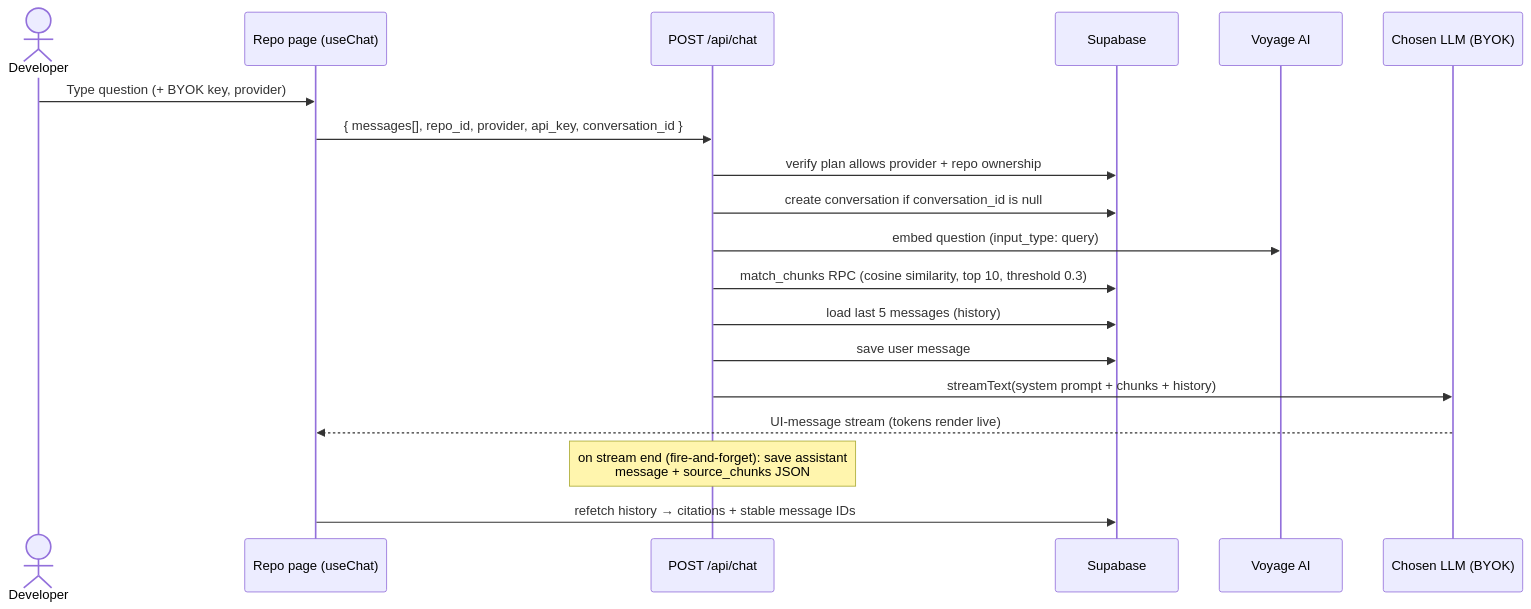
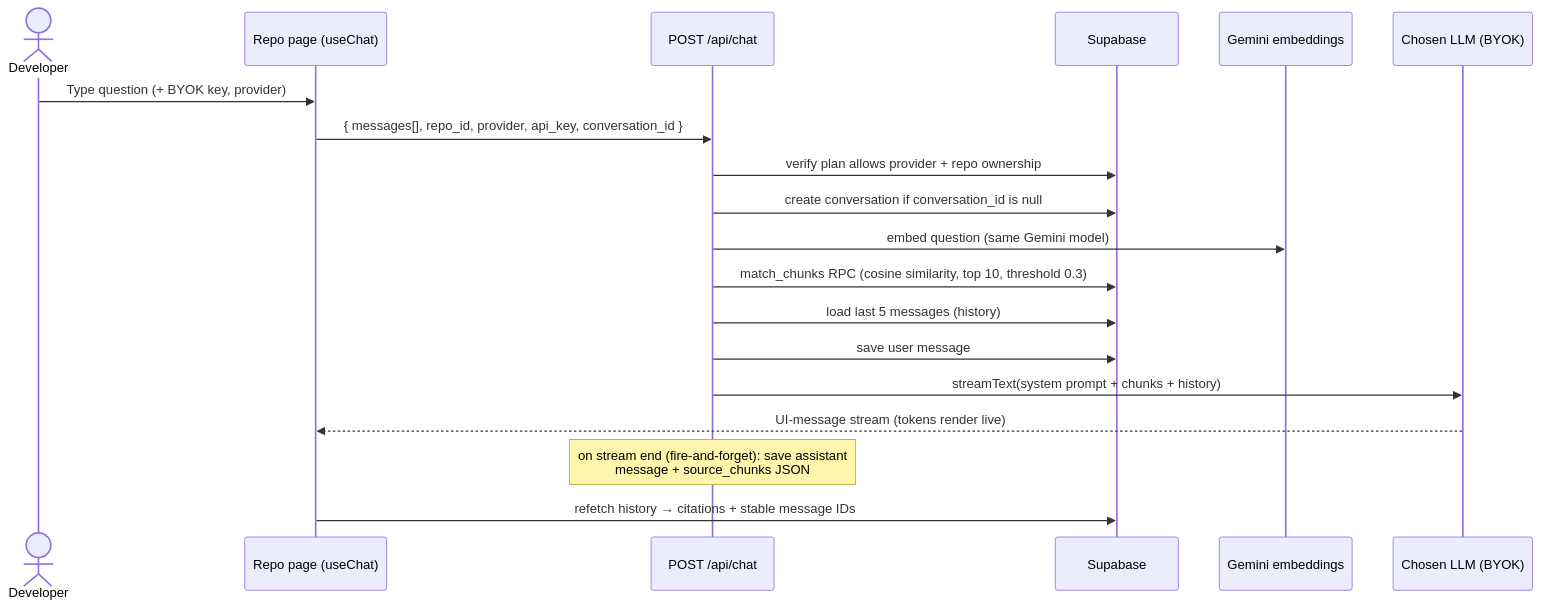
Before and after one commit to rishabhsharmaa/DevAsk: the third of 5 diagrams in README.md, drawn with Mermaid. The commit also changed other lines of this file and 42 other files, not shown here.

Commit message:
MAJOR CHANGES : changed embedding model from voyage to gemini ,fixed some bugs

````diff
--- a/README.md
+++ b/README.md
@@ -134,22 +134,22 @@
 ```mermaid
 sequenceDiagram
     actor D as Developer
     participant UI as Repo page (useChat)
     participant API as POST /api/chat
     participant DB as Supabase
-    participant VY as Voyage AI
+    participant GE as Gemini embeddings
     participant LLM as Chosen LLM (BYOK)
 
     D->>UI: Type question (+ BYOK key, provider)
     UI->>API: { messages[], repo_id, provider, api_key, conversation_id }
     API->>DB: verify plan allows provider + repo ownership
     API->>DB: create conversation if conversation_id is null
-    API->>VY: embed question (input_type: query)
+    API->>GE: embed question (same Gemini model)
     API->>DB: match_chunks RPC (cosine similarity, top 10, threshold 0.3)
     API->>DB: load last 5 messages (history)
     API->>DB: save user message
     API->>LLM: streamText(system prompt + chunks + history)
     LLM-->>UI: UI-message stream (tokens render live)
     Note over API: on stream end (fire-and-forget): save assistant<br/>message + source_chunks JSON
     UI->>DB: refetch history → citations + stable message IDs
 ```
````
